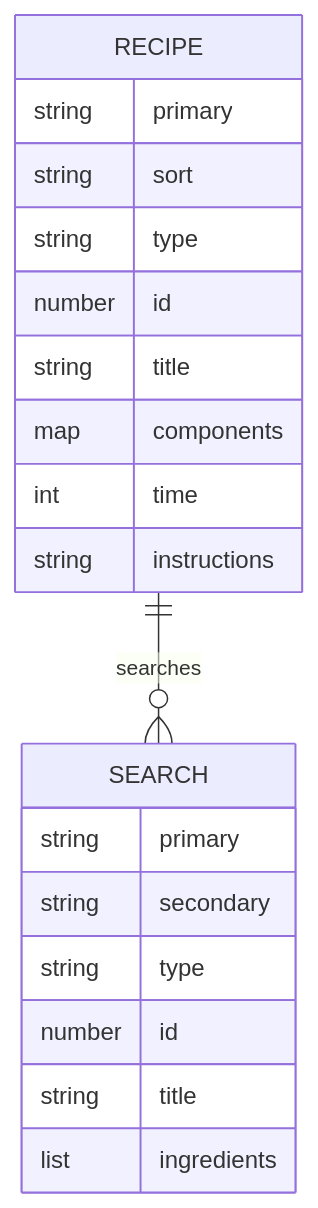
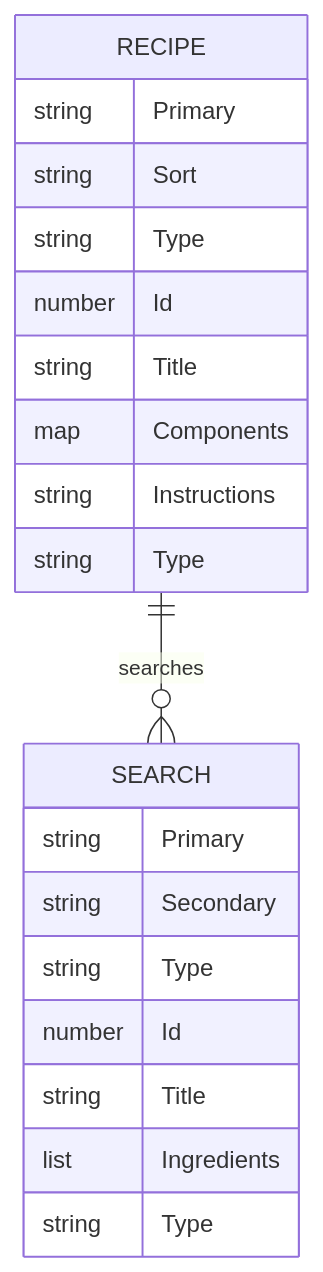
Before and after one commit to hfmckenna/skran-app-ssr: the diagram in README.md, drawn with Mermaid. The commit also changed other lines of this file and 2 other files, not shown here.

Commit message:
feat: Models for Items

````diff
--- a/README.md
+++ b/README.md
@@ -16,22 +16,23 @@
 ```mermaid
 erDiagram
     RECIPE ||--o{ SEARCH : searches
     RECIPE {
-        string primary
-        string sort
-        string type
-        number id
-        string title
-        map components
-        int time
-        string instructions
+        string Primary
+        string Sort
+        string Type
+        number Id
+        string Title
+        map Components
+        string Instructions
+        string Type
     }
     SEARCH {
-        string primary
-        string secondary
-        string type
-        number id
-        string title
-        list ingredients
+        string Primary
+        string Secondary
+        string Type
+        number Id
+        string Title
+        list Ingredients
+        string Type
     }
 ```
````
